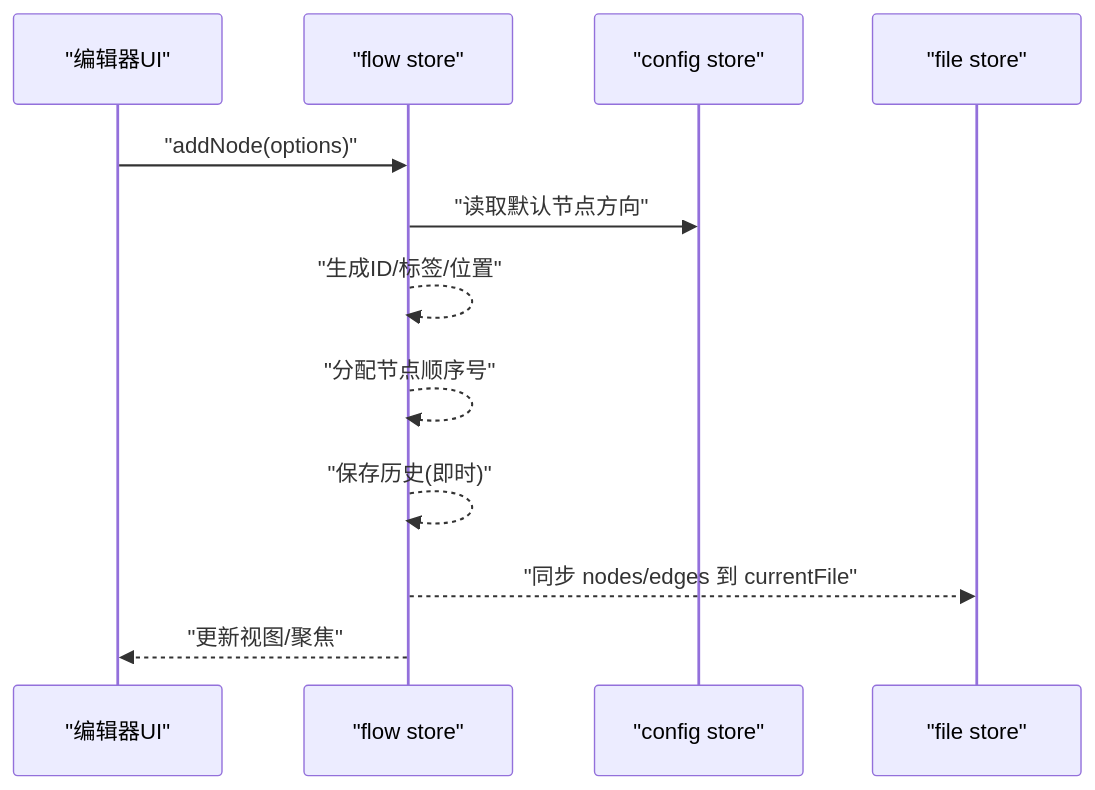
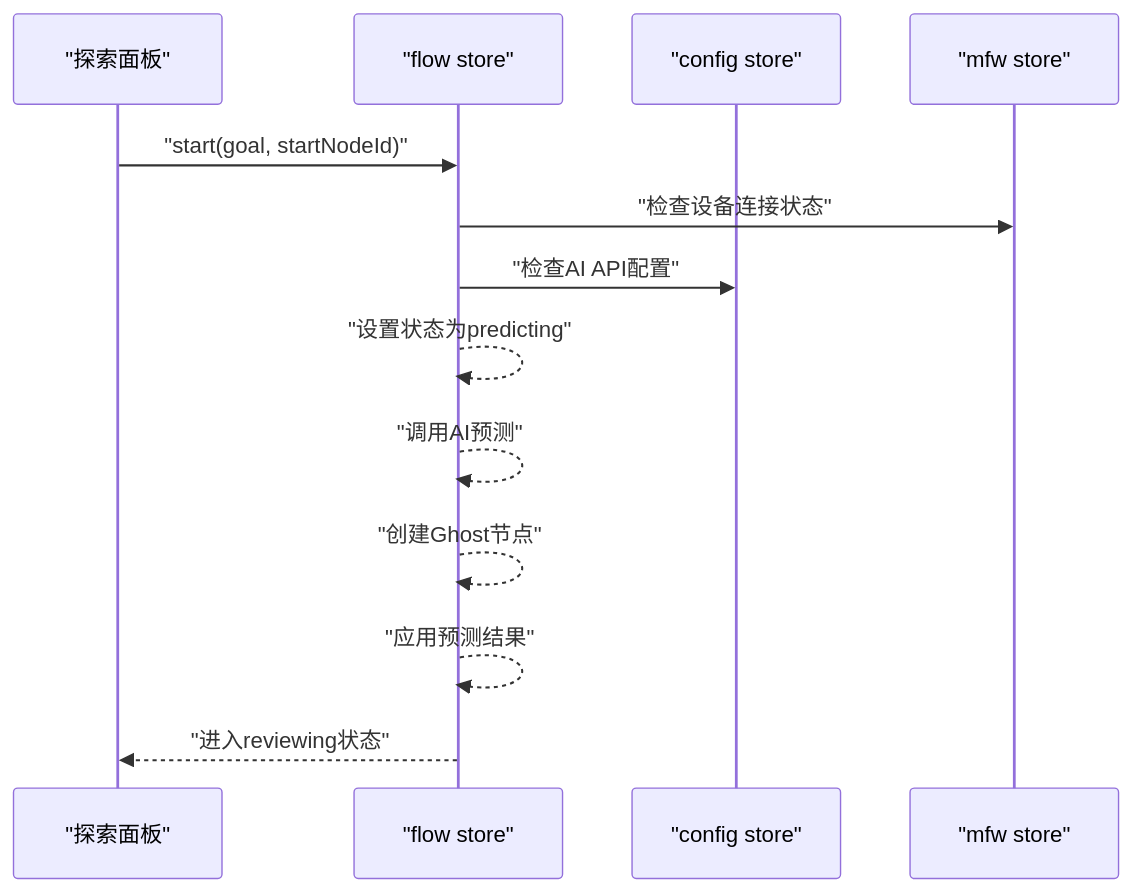
One commit to kqcoxn/MaaPipelineEditor changed the third of 7 diagrams in .qoder/repowiki/zh/content/开发者指南/代码结构说明/前端架构设计/状态管理系统.md. Above: the diagram before and after it, drawn with Mermaid. The commit also changed other lines of this file and 8 other files, not shown here.

````diff
--- a/.qoder/repowiki/zh/content/开发者指南/代码结构说明/前端架构设计/状态管理系统.md
+++ b/.qoder/repowiki/zh/content/开发者指南/代码结构说明/前端架构设计/状态管理系统.md
@@ -316,14 +337,15 @@
 ```mermaid
 sequenceDiagram
-participant UI as "编辑器UI"
+participant UI as "探索面板"
 participant FS as "flow store"
 participant CS as "config store"
-participant FI as "file store"
-UI->>FS : "addNode(options)"
-FS->>CS : "读取默认节点方向"
-FS-->>FS : "生成ID/标签/位置"
-FS-->>FS : "分配节点顺序号"
-FS-->>FS : "保存历史(即时)"
-FS-->>FI : "同步 nodes/edges 到 currentFile"
-FS-->>UI : "更新视图/聚焦"
+participant MF as "mfw store"
+UI->>FS : "start(goal, startNodeId)"
+FS->>MF : "检查设备连接状态"
+FS->>CS : "检查AI API配置"
+FS-->>FS : "设置状态为predicting"
+FS-->>FS : "调用AI预测"
+FS-->>FS : "创建Ghost节点"
+FS-->>FS : "应用预测结果"
+FS-->>UI : "进入reviewing状态"
 ```
````
